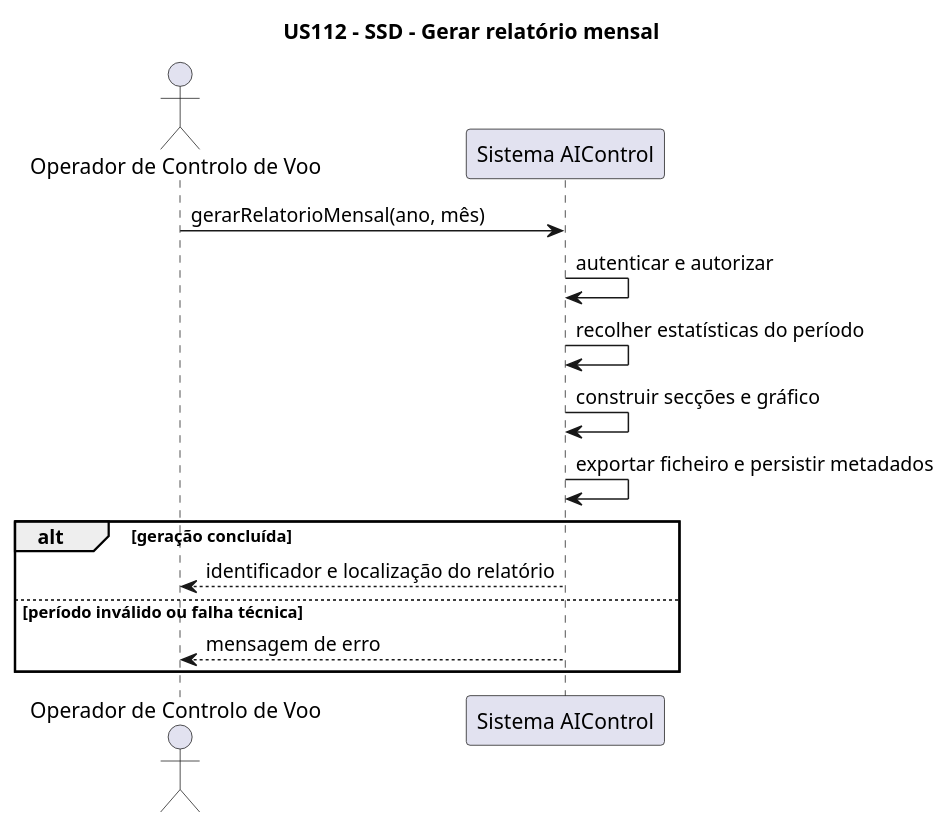
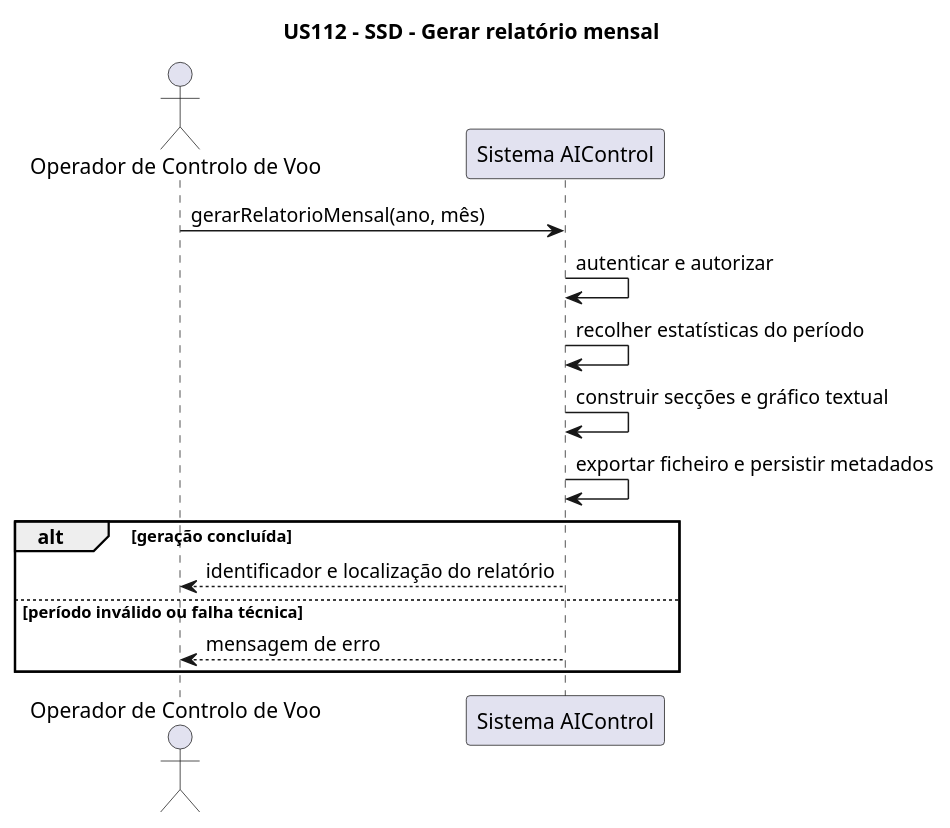
The diagram in docs/us_112/ssd.puml (goncalolopesp/sem4pi2526-sem4pi2526_2di5), drawn with PlantUML before and after one commit. The commit also changed 15 other files, not shown here.

```diff
--- a/docs/us_112/ssd.puml
+++ b/docs/us_112/ssd.puml
@@ -1,18 +1,18 @@
 @startuml
 title US112 - SSD - Gerar relatório mensal
 
 actor "Operador de Controlo de Voo" as FCO
 participant "Sistema AIControl" as System
 
 FCO -> System : gerarRelatorioMensal(ano, mês)
 System -> System : autenticar e autorizar
 System -> System : recolher estatísticas do período
-System -> System : construir secções e gráfico
+System -> System : construir secções e gráfico textual
 System -> System : exportar ficheiro e persistir metadados
 
 alt geração concluída
     System --> FCO : identificador e localização do relatório
 else período inválido ou falha técnica
     System --> FCO : mensagem de erro
 end
 @enduml
```
